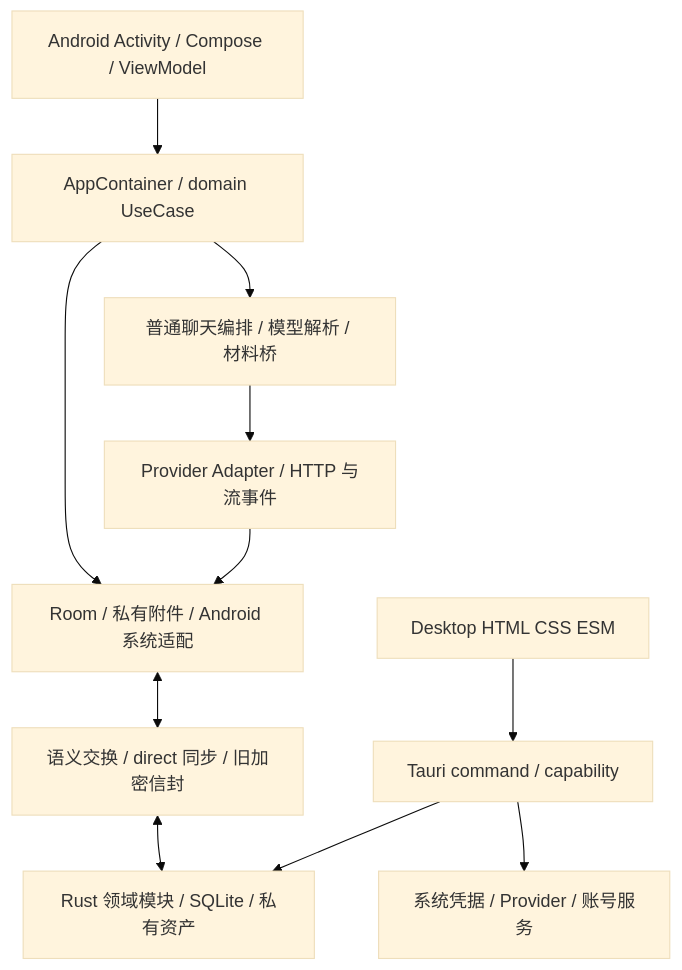
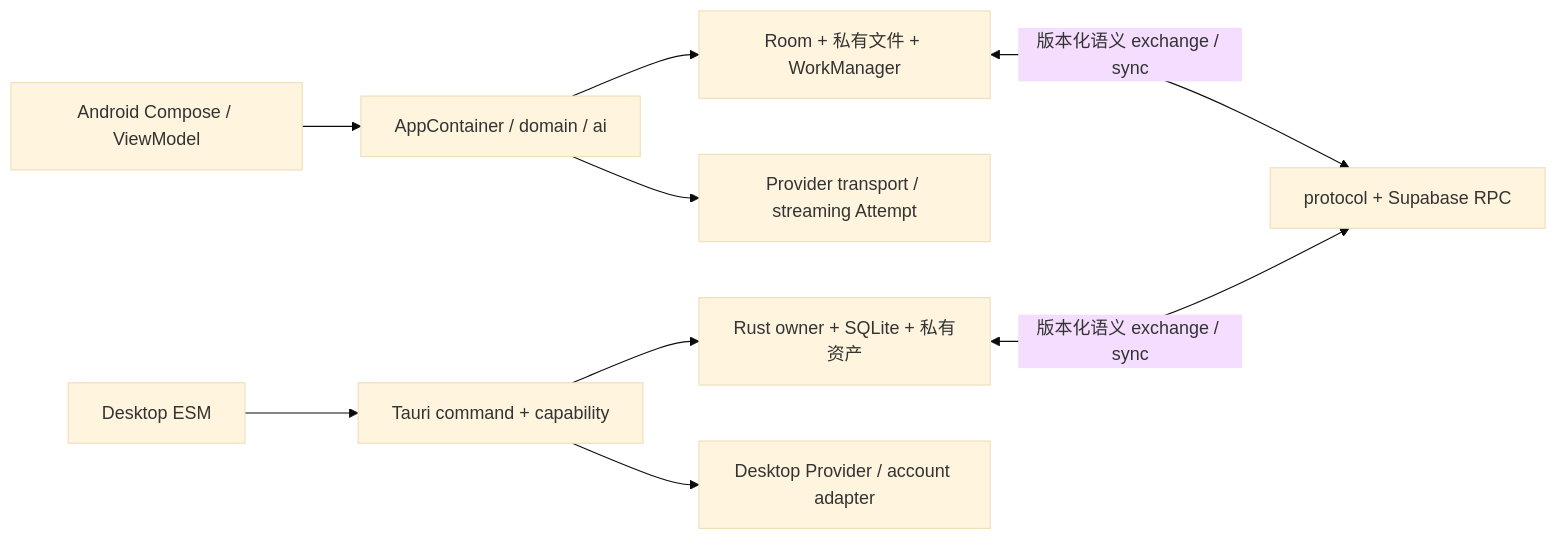
The diagram in docs/南枫AI完整开发档案.md (nanzhufeng/Nanfeng-AI), drawn with Mermaid (base theme) before and after one commit. The commit also changed other lines of this file and 8 other files, not shown here.

````diff
--- a/docs/南枫AI完整开发档案.md
+++ b/docs/南枫AI完整开发档案.md
@@ -72,13 +39,11 @@
 ```mermaid
-flowchart TD
-  A[Android Activity / Compose / ViewModel] --> B[AppContainer / domain UseCase]
-  B --> C[Room / 私有附件 / Android 系统适配]
-  B --> D[普通聊天编排 / 模型解析 / 材料桥]
-  D --> E[Provider Adapter / HTTP 与流事件]
-  E --> C
-  F[Desktop HTML CSS ESM] --> G[Tauri command / capability]
-  G --> H[Rust 领域模块 / SQLite / 私有资产]
-  G --> I[系统凭据 / Provider / 账号服务]
-  C <--> J[语义交换 / direct 同步 / 旧加密信封]
-  J <--> H
+flowchart LR
+  A[Android Compose / ViewModel] --> B[AppContainer / domain / ai]
+  B --> C[Room + 私有文件 + WorkManager]
+  B --> D[Provider transport / streaming Attempt]
+  E[Desktop ESM] --> F[Tauri command + capability]
+  F --> G[Rust owner + SQLite + 私有资产]
+  F --> H[Desktop Provider / account adapter]
+  C <-->|版本化语义 exchange / sync| I[protocol + Supabase RPC]
+  G <-->|版本化语义 exchange / sync| I
 ```
````
